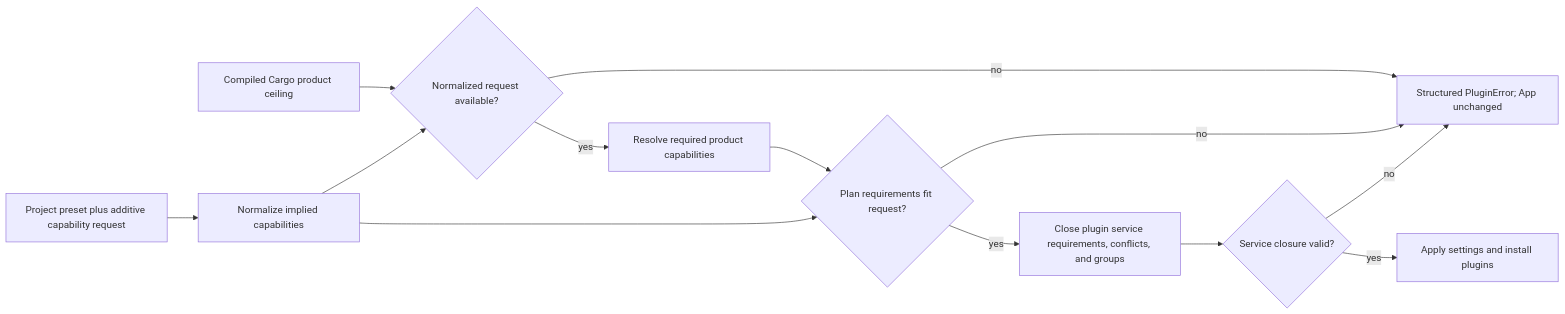
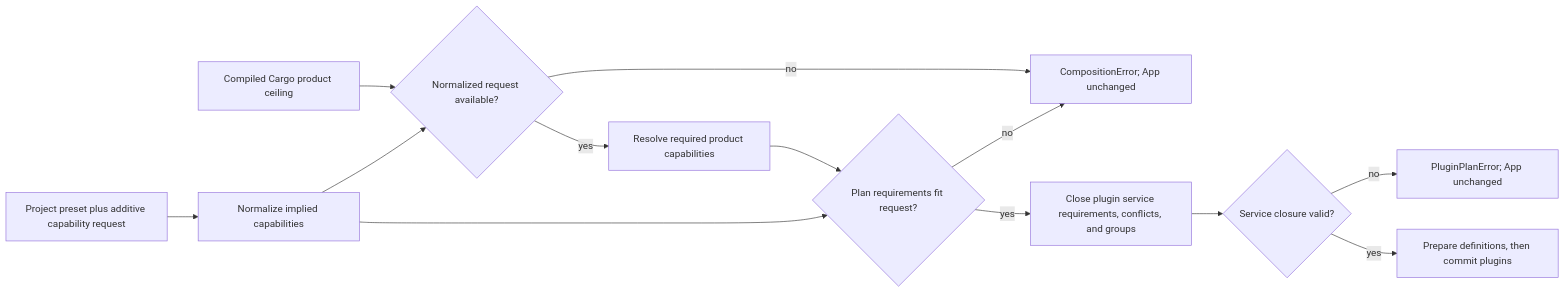
Before and after one commit to Latias94/nara: the second of 7 diagrams in docs/plans/2026-07-10-001-refactor-engine-foundation-contracts-plan.md, drawn with Mermaid. The commit also changed other lines of this file and 13 other files, not shown here.

First line of the commit message:
docs(architecture): close plugin composition contract

````diff
--- a/docs/plans/2026-07-10-001-refactor-engine-foundation-contracts-plan.md
+++ b/docs/plans/2026-07-10-001-refactor-engine-foundation-contracts-plan.md
@@ -246,15 +246,15 @@
 ```mermaid
 flowchart LR
   Cargo[Compiled Cargo product ceiling] --> Ceiling{Normalized request available?}
   Manifest[Project preset plus additive capability request] --> Normalize[Normalize implied capabilities]
   Normalize --> Ceiling
-  Ceiling -->|no| Reject[Structured PluginError; App unchanged]
+  Ceiling -->|no| ProductReject[CompositionError; App unchanged]
   Ceiling -->|yes| Plan[Resolve required product capabilities]
   Normalize --> Requested{Plan requirements fit request?}
   Plan --> Requested
-  Requested -->|no| Reject
+  Requested -->|no| ProductReject
   Requested -->|yes| Closure[Close plugin service requirements, conflicts, and groups]
   Closure --> Validate{Service closure valid?}
-  Validate -->|no| Reject
-  Validate -->|yes| Install[Apply settings and install plugins]
+  Validate -->|no| PlanReject[PluginPlanError; App unchanged]
+  Validate -->|yes| Install[Prepare definitions, then commit plugins]
 ```
````
